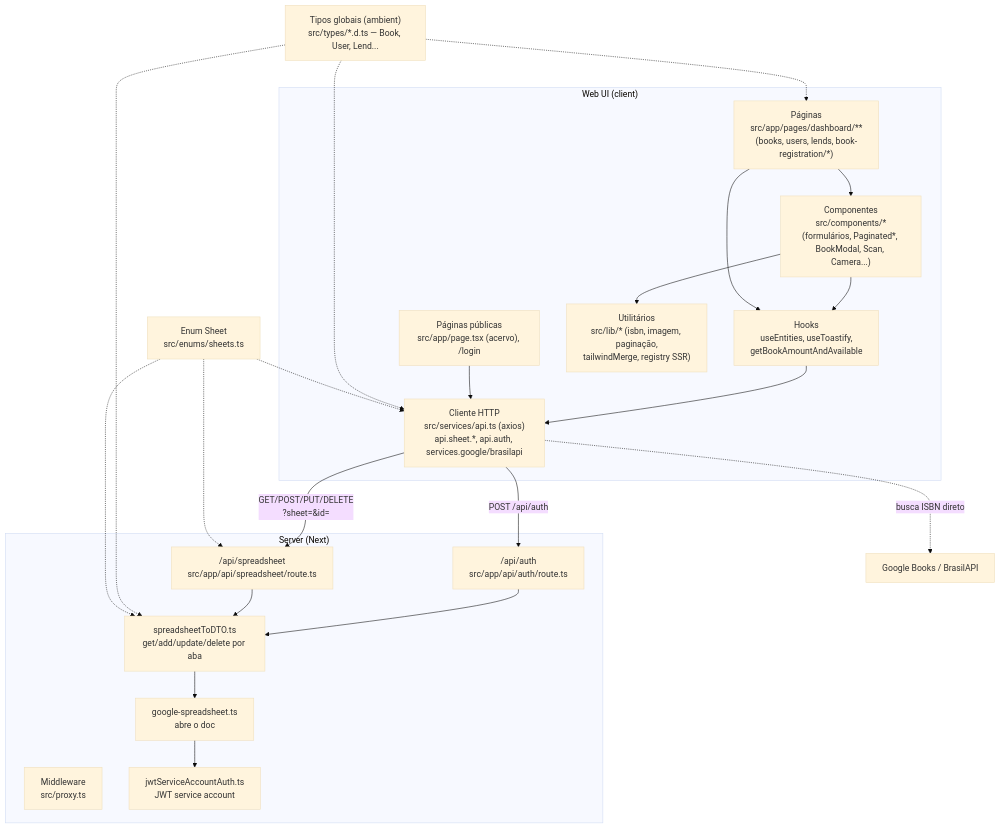
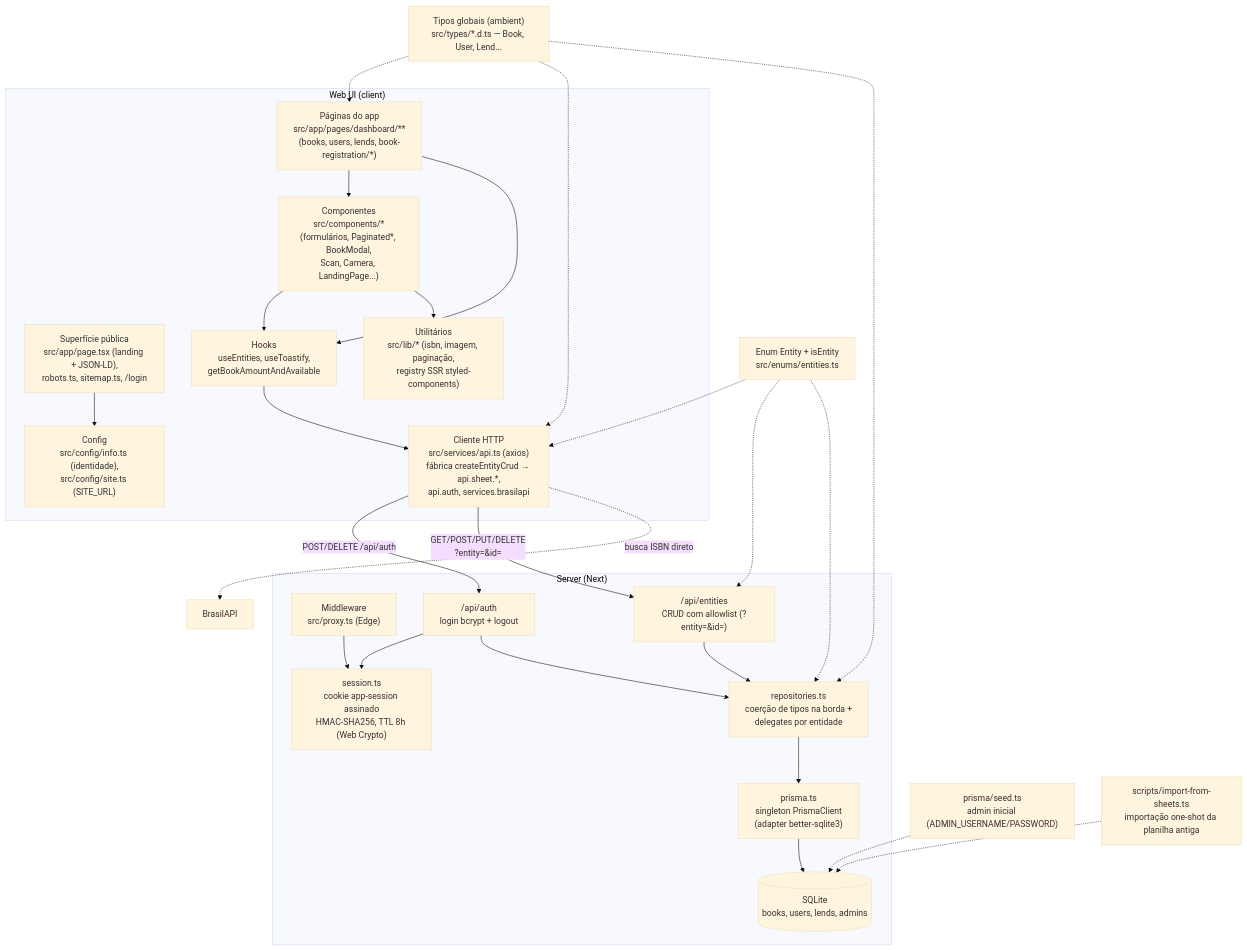
One commit to douglasmtss/librosistemo changed the diagram in docs/architecture/c4/03-componentes.md. Above: the diagram before and after it, drawn with Mermaid (base theme). The commit also changed other lines of this file and 27 other files, not shown here.

````diff
--- a/docs/architecture/c4/03-componentes.md
+++ b/docs/architecture/c4/03-componentes.md
@@ -3,37 +3,45 @@
 ```mermaid
 flowchart TB
     subgraph UI["Web UI (client)"]
-        pages["Páginas<br/>src/app/pages/dashboard/**<br/>(books, users, lends, book-registration/*)"]
-        publicpages["Páginas públicas<br/>src/app/page.tsx (acervo), /login"]
-        comps["Componentes<br/>src/components/*<br/>(formulários, Paginated*, BookModal, Scan, Camera...)"]
+        pages["Páginas do app<br/>src/app/pages/dashboard/**<br/>(books, users, lends, book-registration/*)"]
+        publicpages["Superfície pública<br/>src/app/page.tsx (landing + JSON-LD),<br/>robots.ts, sitemap.ts, /login"]
+        comps["Componentes<br/>src/components/*<br/>(formulários, Paginated*, BookModal,<br/>Scan, Camera, LandingPage...)"]
         hooks["Hooks<br/>useEntities, useToastify,<br/>getBookAmountAndAvailable"]
-        libs["Utilitários<br/>src/lib/* (isbn, imagem, paginação,<br/>tailwindMerge, registry SSR)"]
-        apiclient["Cliente HTTP<br/>src/services/api.ts (axios)<br/>api.sheet.*, api.auth, services.google/brasilapi"]
+        libs["Utilitários<br/>src/lib/* (isbn, imagem, paginação,<br/>registry SSR styled-components)"]
+        cfg["Config<br/>src/config/info.ts (identidade),<br/>src/config/site.ts (SITE_URL)"]
+        apiclient["Cliente HTTP<br/>src/services/api.ts (axios)<br/>fábrica createEntityCrud → api.sheet.*,<br/>api.auth, services.brasilapi"]
     end
 
     subgraph Server["Server (Next)"]
-        proxy["Middleware<br/>src/proxy.ts"]
-        authroute["/api/auth<br/>src/app/api/auth/route.ts"]
-        crudroute["/api/spreadsheet<br/>src/app/api/spreadsheet/route.ts"]
-        dto["spreadsheetToDTO.ts<br/>get/add/update/delete por aba"]
-        gs["google-spreadsheet.ts<br/>abre o doc"]
-        jwt["jwtServiceAccountAuth.ts<br/>JWT service account"]
+        proxy["Middleware<br/>src/proxy.ts (Edge)"]
+        session["session.ts<br/>cookie app-session assinado<br/>HMAC-SHA256, TTL 8h (Web Crypto)"]
+        authroute["/api/auth<br/>login bcrypt + logout"]
+        crudroute["/api/entities<br/>CRUD com allowlist (?entity=&id=)"]
+        repos["repositories.ts<br/>coerção de tipos na borda +<br/>delegates por entidade"]
+        prismaclient["prisma.ts<br/>singleton PrismaClient<br/>(adapter better-sqlite3)"]
+        db[("SQLite<br/>books, users, lends, admins")]
     end
 
+    seed["prisma/seed.ts<br/>admin inicial (ADMIN_USERNAME/PASSWORD)"]
+    importer["scripts/import-from-sheets.ts<br/>importação one-shot da planilha antiga"]
     types["Tipos globais (ambient)<br/>src/types/*.d.ts — Book, User, Lend..."]
-    enums["Enum Sheet<br/>src/enums/sheets.ts"]
+    enums["Enum Entity + isEntity<br/>src/enums/entities.ts"]
 
     pages --> comps --> hooks
     pages --> hooks --> apiclient
     comps --> libs
-    publicpages --> apiclient
-    apiclient -->|"POST /api/auth"| authroute
-    apiclient -->|"GET/POST/PUT/DELETE<br/>?sheet=&id="| crudroute
-    authroute --> dto
-    crudroute --> dto
-    dto --> gs --> jwt
-    apiclient -.->|"busca ISBN direto"| ext["Google Books / BrasilAPI"]
+    publicpages --> cfg
+    proxy --> session
+    authroute --> session
+    apiclient -->|"POST/DELETE /api/auth"| authroute
+    apiclient -->|"GET/POST/PUT/DELETE<br/>?entity=&id="| crudroute
+    authroute --> repos
+    crudroute --> repos
+    repos --> prismaclient --> db
+    seed -.-> db
+    importer -.-> db
+    apiclient -.->|"busca ISBN direto"| ext["BrasilAPI"]
 
-    types -.-> pages & apiclient & dto
-    enums -.-> apiclient & crudroute & dto
+    types -.-> pages & apiclient & repos
+    enums -.-> apiclient & crudroute & repos
 ```
````
